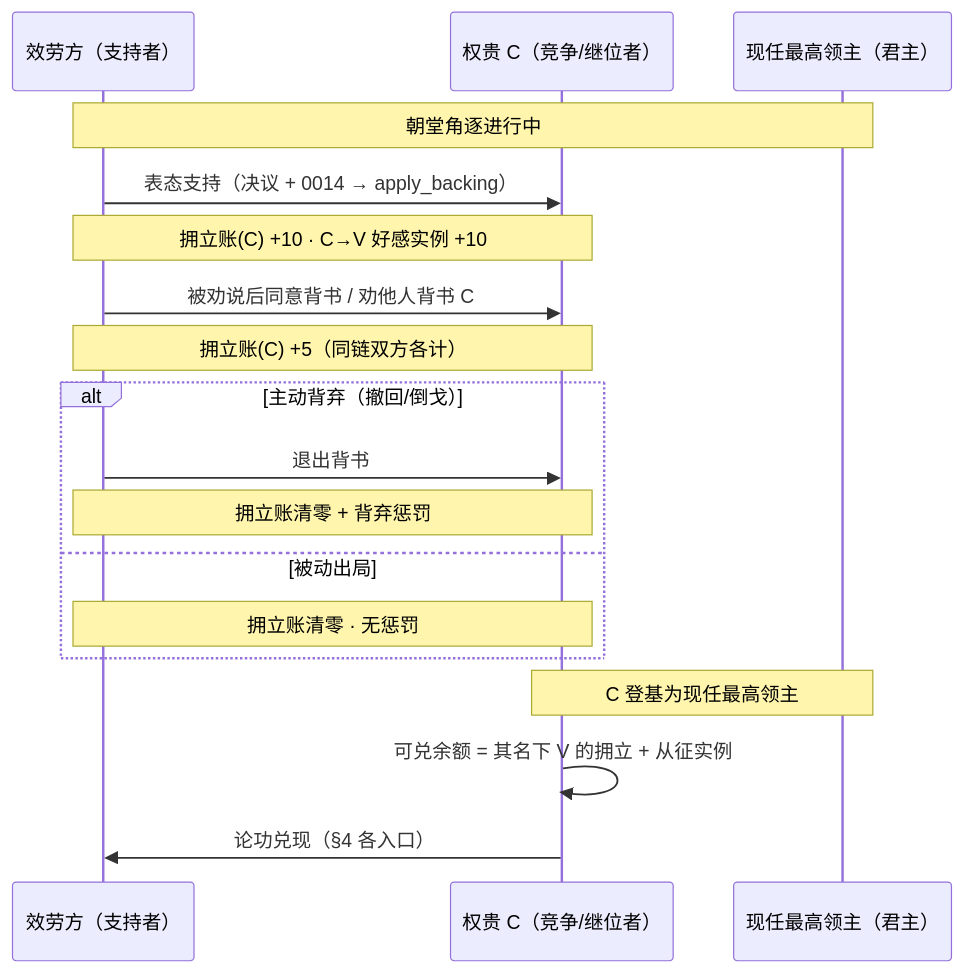
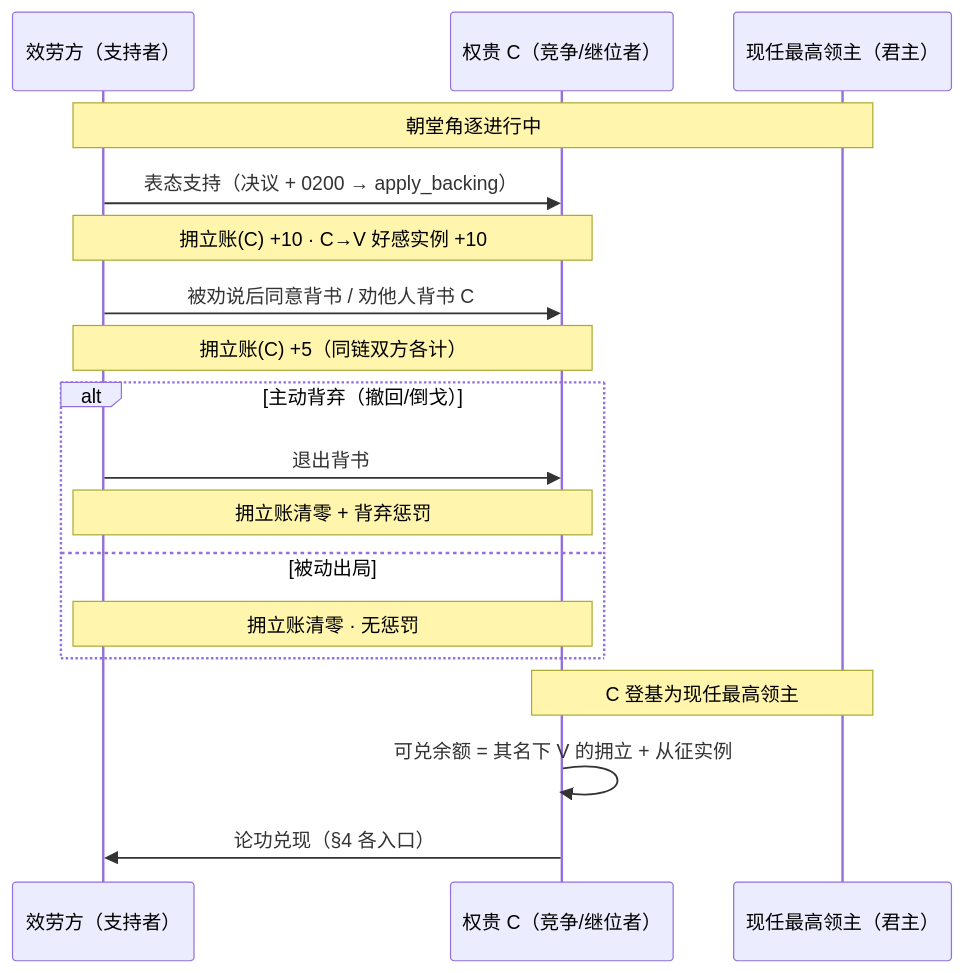
Before and after one commit to FeronCompany/ck3_for_the_realm: the third of 4 diagrams in document/task_design/02-功勋系统设计.md, drawn with Mermaid. The commit also changed other lines of this file and 21 other files, not shown here.

````diff
--- a/document/task_design/02-功勋系统设计.md
+++ b/document/task_design/02-功勋系统设计.md
@@ -192,20 +192,20 @@
 ```mermaid
 sequenceDiagram
     participant V as 效劳方（支持者）
     participant C as 权贵 C（竞争/继位者）
     participant L as 现任最高领主（君主）
     Note over V,L: 朝堂角逐进行中
-    V->>C: 表态支持（决议 + 0014 → apply_backing）
+    V->>C: 表态支持（决议 + 0200 → apply_backing）
     Note over V,C: 拥立账(C) +10 · C→V 好感实例 +10
     V->>C: 被劝说后同意背书 / 劝他人背书 C
     Note over V,C: 拥立账(C) +5（同链双方各计）
     alt 主动背弃（撤回/倒戈）
         V->>C: 退出背书
         Note over V,C: 拥立账清零 + 背弃惩罚
     else 被动出局
         Note over V,C: 拥立账清零 · 无惩罚
     end
     Note over C,L: C 登基为现任最高领主
     C->>C: 可兑余额 = 其名下 V 的拥立 + 从征实例
     C->>V: 论功兑现（§4 各入口）
 ```
````
